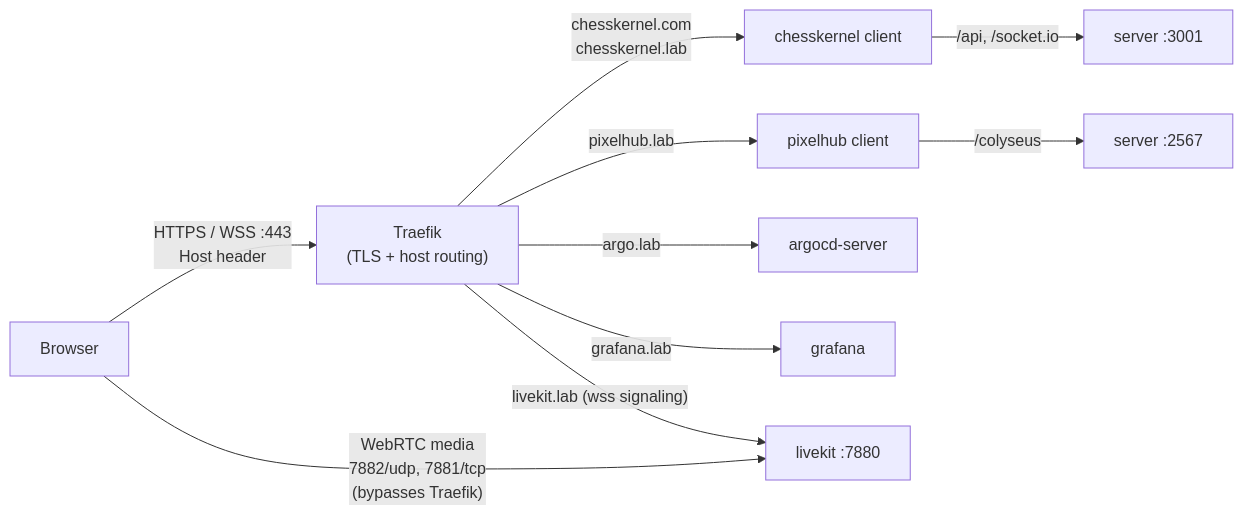
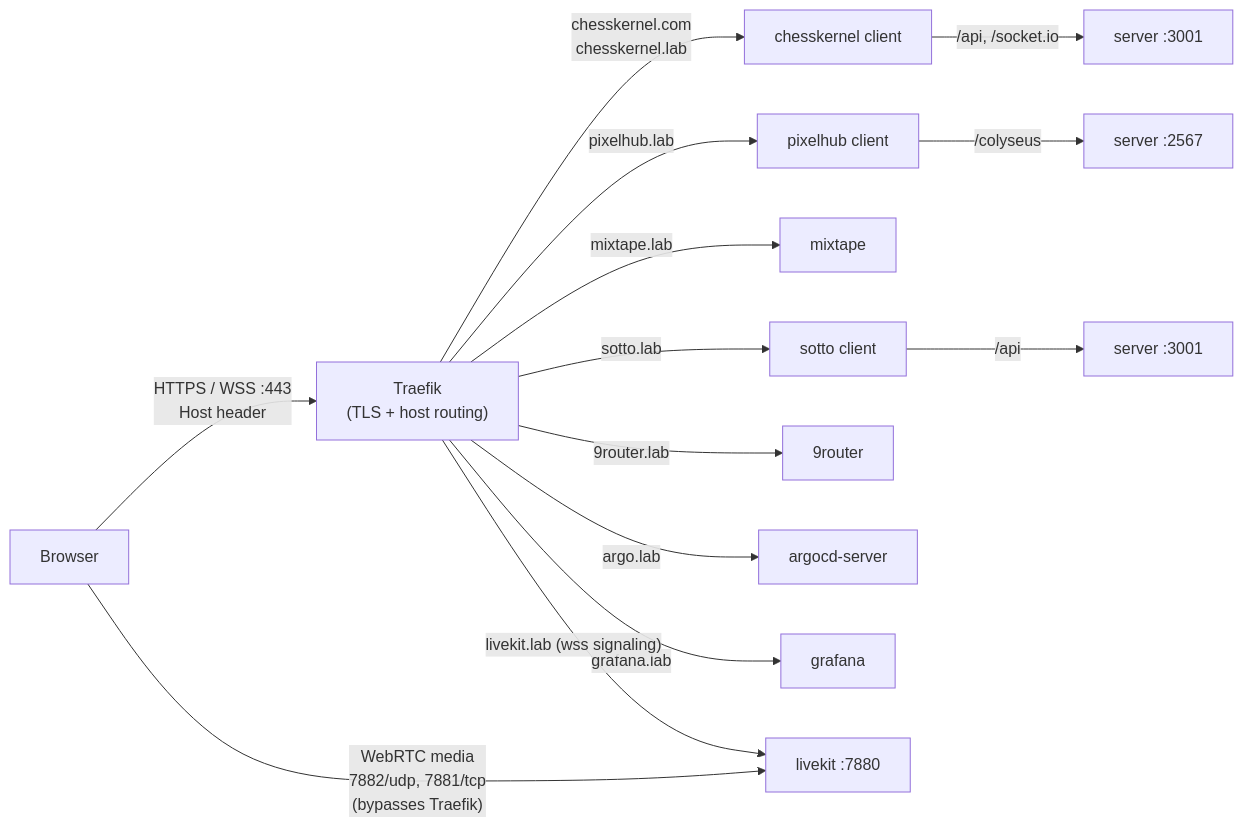
The third of 5 diagrams in docs/architecture/overview.md (mateuseap/homelab), drawn with Mermaid before and after one commit. The commit also changed other lines of this file and 4 other files, not shown here.

````diff
--- a/docs/architecture/overview.md
+++ b/docs/architecture/overview.md
@@ -96,17 +109,21 @@
 ```mermaid
 flowchart LR
     User["Browser"]
 
     User -- "HTTPS / WSS :443<br/>Host header" --> Traefik["Traefik<br/>(TLS + host routing)"]
 
     Traefik -- "chesskernel.com<br/>chesskernel.lab" --> CClient["chesskernel client"]
     Traefik -- "pixelhub.lab" --> PClient["pixelhub client"]
+    Traefik -- "mixtape.lab" --> MClient["mixtape"]
+    Traefik -- "sotto.lab" --> SClient["sotto client"]
+    Traefik -- "9router.lab" --> R9C["9router"]
     Traefik -- "argo.lab" --> Argo["argocd-server"]
     Traefik -- "grafana.lab" --> Graf["grafana"]
     Traefik -- "livekit.lab (wss signaling)" --> LK["livekit :7880"]
 
     CClient -- "/api, /socket.io" --> CServer["server :3001"]
     PClient -- "/colyseus" --> PServer["server :2567"]
+    SClient -- "/api" --> SServer["server :3001"]
 
     User -- "WebRTC media<br/>7882/udp, 7881/tcp<br/>(bypasses Traefik)" --> LK
 ```
````
